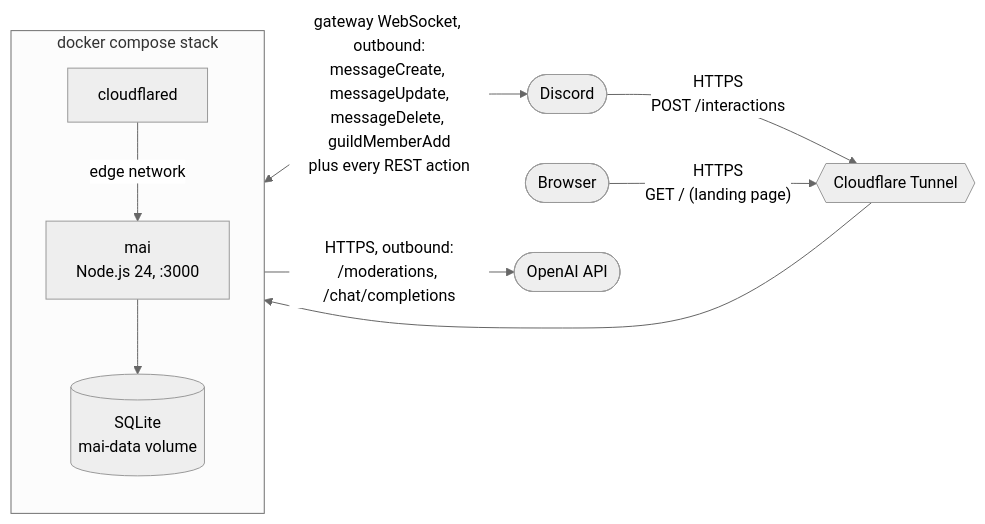
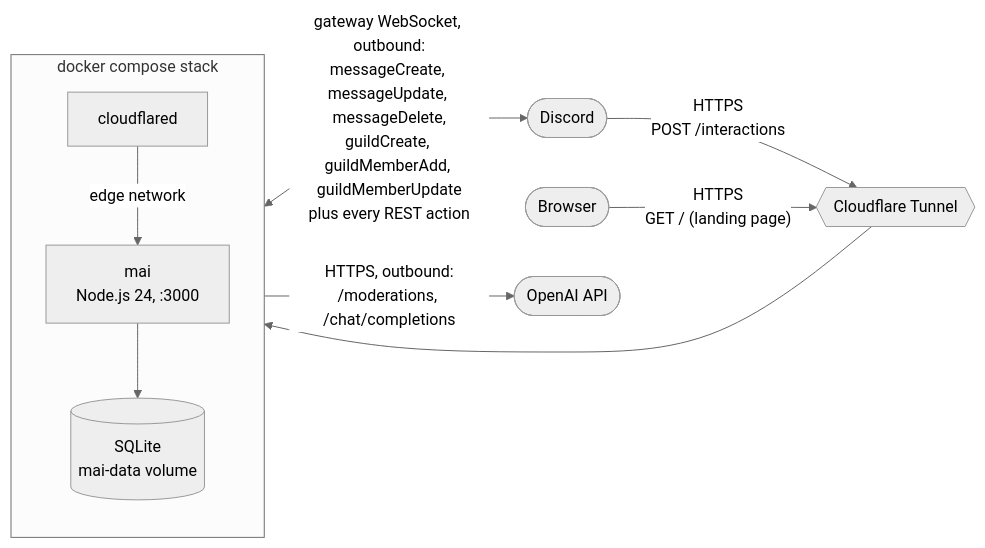
Before and after one commit to barrax63/mai: the diagram in README.md, drawn with Mermaid (neutral theme). The commit also changed other lines of this file and 14 other files, not shown here.

````diff
--- a/README.md
+++ b/README.md
@@ -11,22 +11,22 @@
 ```mermaid
 flowchart LR
     discord(["Discord"])
     browser(["Browser"])
     tunnel{{"Cloudflare Tunnel"}}
     openai(["OpenAI API"])
 
     subgraph stack["docker compose stack"]
         direction TB
         cloudflared["cloudflared"]
         mai["mai<br/>Node.js 24, :3000"]
         data[("SQLite<br/>mai-data volume")]
     end
 
     discord -- "HTTPS<br/>POST /interactions" --> tunnel
     browser -- "HTTPS<br/>GET / (landing page)" --> tunnel
     tunnel --> cloudflared
     cloudflared -- "edge network" --> mai
-    mai <-- "gateway WebSocket, outbound:<br/>messageCreate, messageUpdate,<br/>messageDelete, guildMemberAdd<br/>plus every REST action" --> discord
+    mai <-- "gateway WebSocket, outbound:<br/>messageCreate, messageUpdate, messageDelete,<br/>guildCreate, guildMemberAdd, guildMemberUpdate<br/>plus every REST action" --> discord
     mai -- "HTTPS, outbound:<br/>/moderations, /chat/completions" --> openai
     mai --> data
 ```
````
